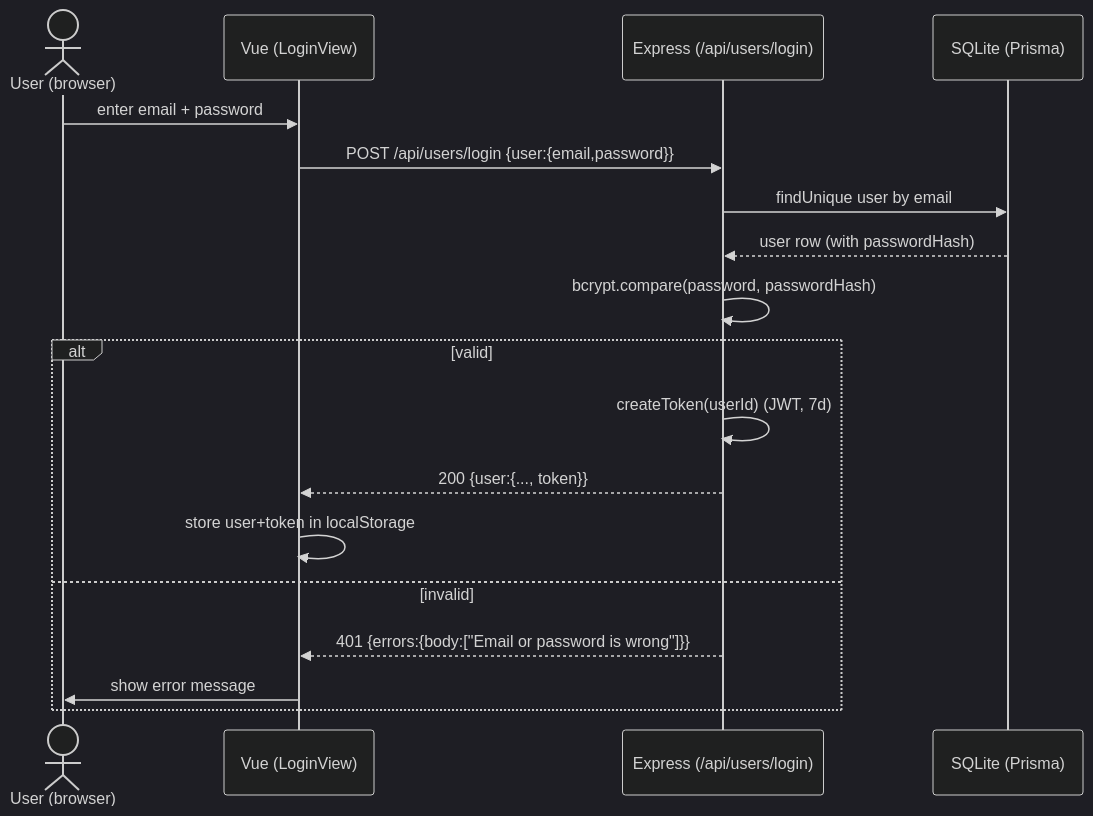
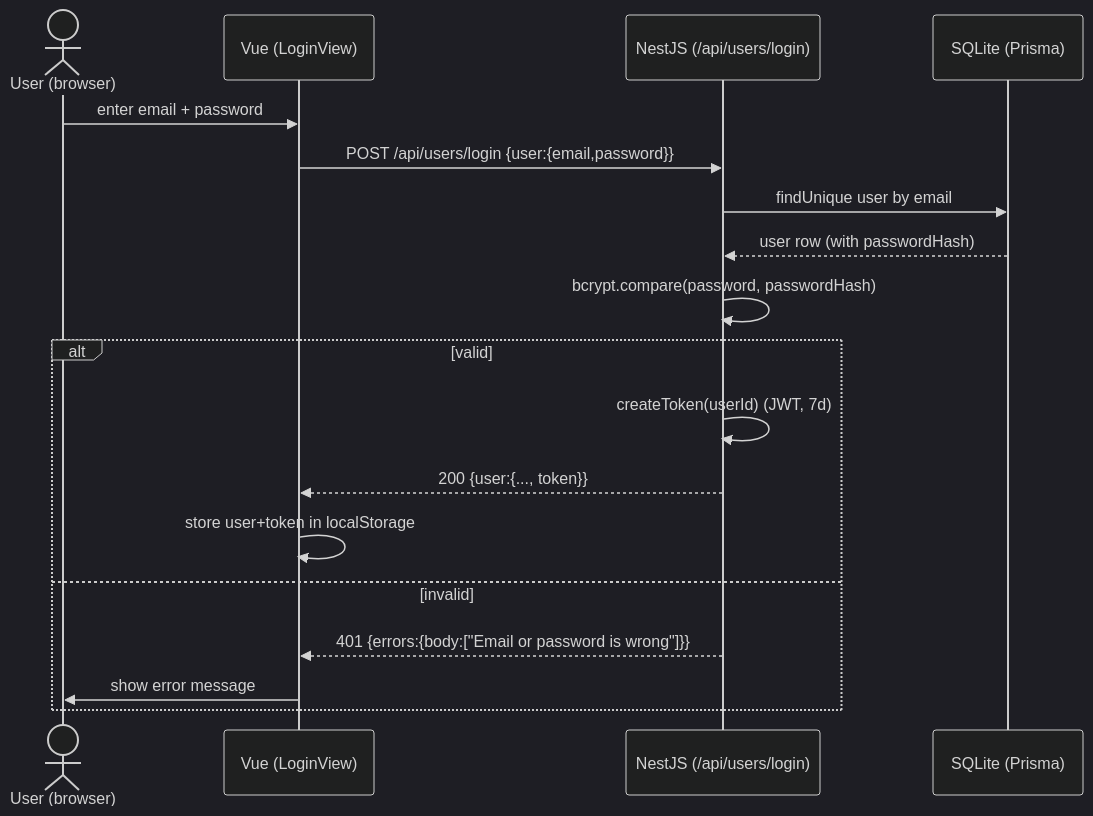
One commit to damnenby/conduit-project changed the third of 5 diagrams in docs/architecture.md. Above: the diagram before and after it, drawn with Mermaid (dark theme). The commit also changed other lines of this file and 48 other files, not shown here.

First line of the commit message:
Migrate backend from Express to NestJS

````diff
--- a/docs/architecture.md
+++ b/docs/architecture.md
@@ -127,21 +134,21 @@
 ```mermaid
 sequenceDiagram
     actor U as User (browser)
     participant FE as Vue (LoginView)
-    participant BE as Express (/api/users/login)
+    participant BE as NestJS (/api/users/login)
     participant DB as SQLite (Prisma)
 
     U->>FE: enter email + password
     FE->>BE: POST /api/users/login {user:{email,password}}
     BE->>DB: findUnique user by email
     DB-->>BE: user row (with passwordHash)
     BE->>BE: bcrypt.compare(password, passwordHash)
     alt valid
         BE->>BE: createToken(userId) (JWT, 7d)
         BE-->>FE: 200 {user:{..., token}}
         FE->>FE: store user+token in localStorage
     else invalid
         BE-->>FE: 401 {errors:{body:["Email or password is wrong"]}}
         FE->>U: show error message
     end
 ```
````
